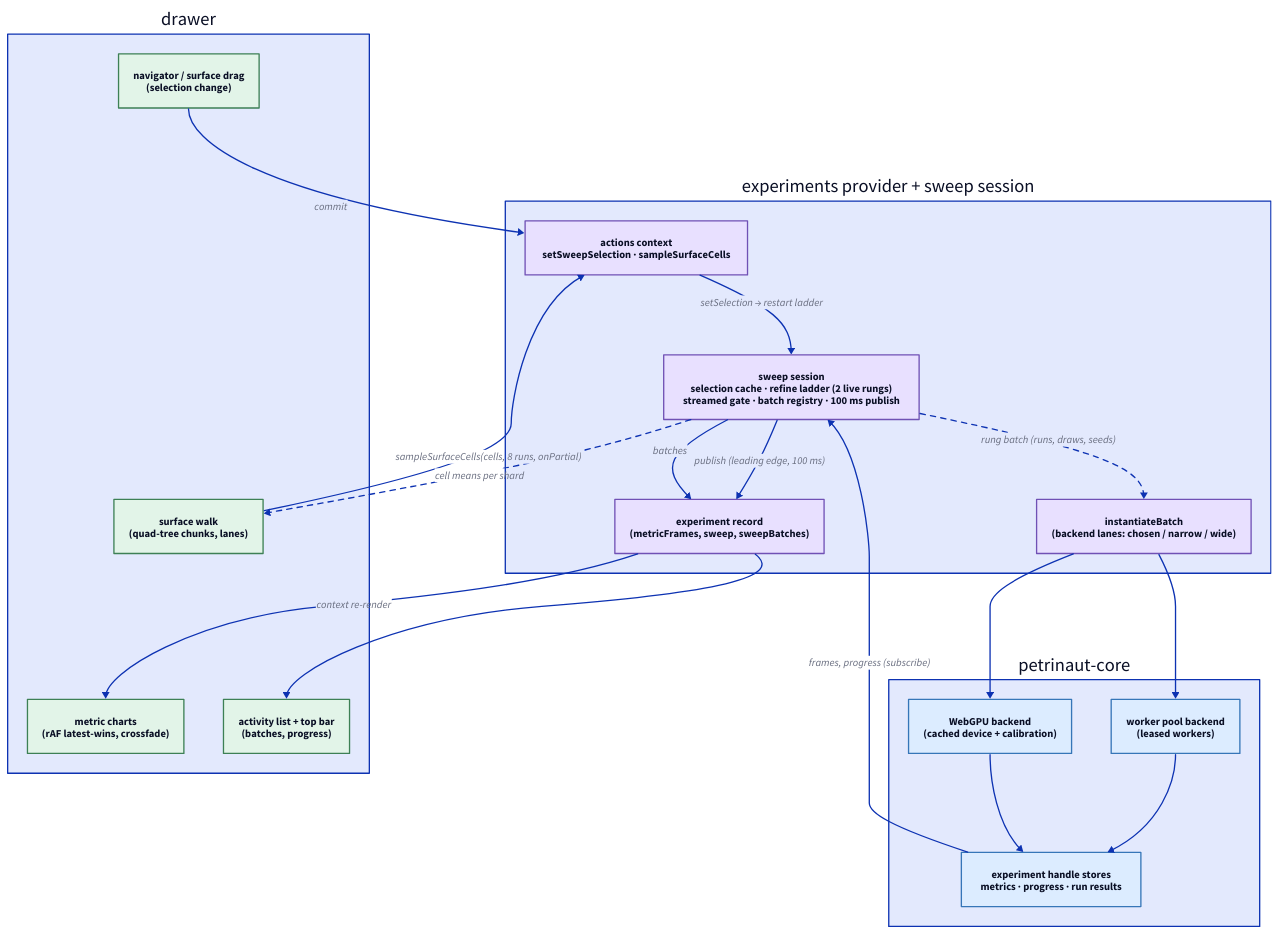
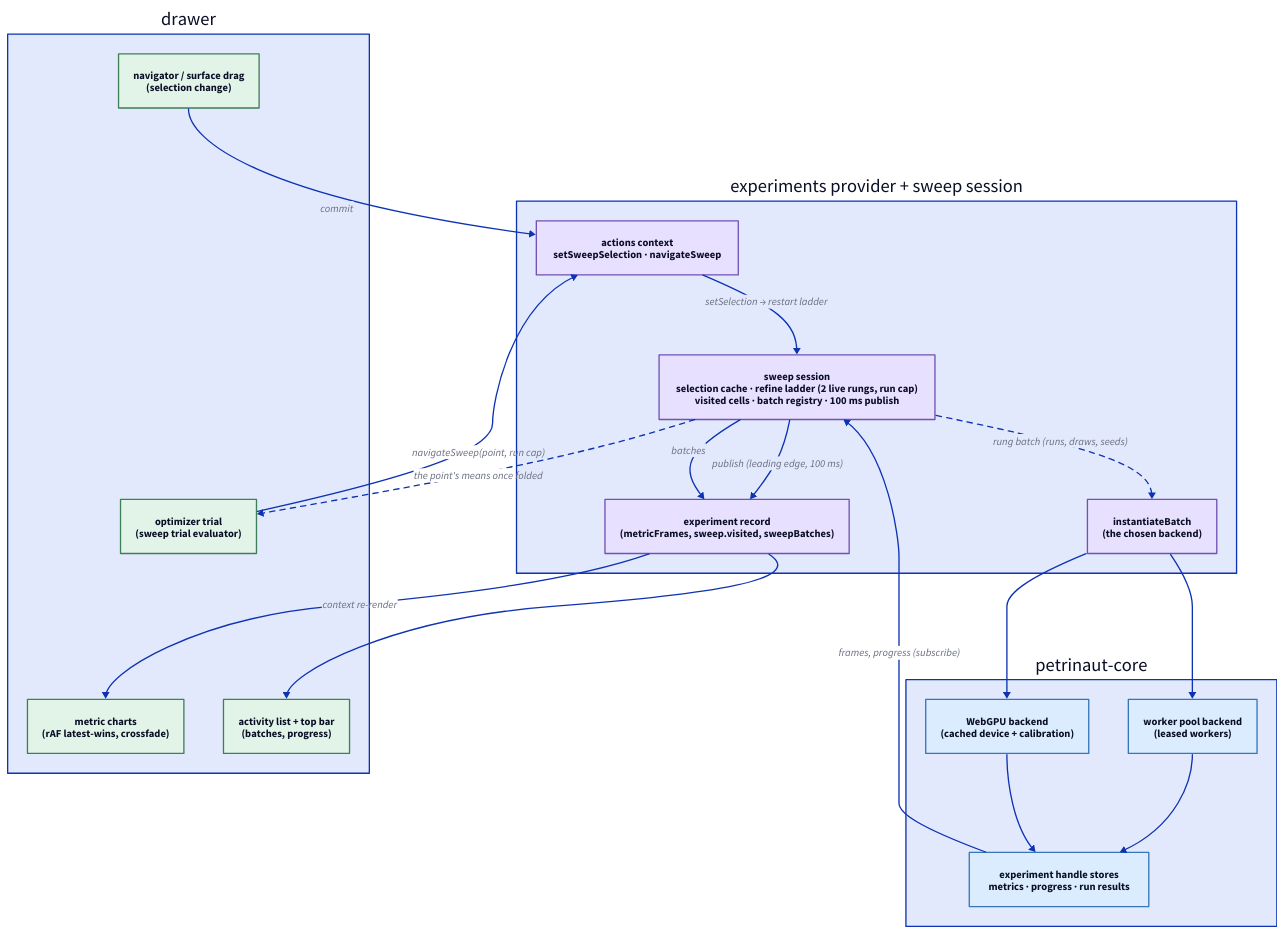
The diagram in libs/@local/petrinaut-arch-docs/content/diagrams/sweep-orchestration.d2 (hashintel/hash), drawn with D2 before and after one commit. The commit also changed 17 other files, not shown here.

Commit message:
Offer Optimize on a sweep's Parameters card, follow the study's steps in purple and document the idle sweep and its visited-point surface

```diff
--- a/libs/@local/petrinaut-arch-docs/content/diagrams/sweep-orchestration.d2
+++ b/libs/@local/petrinaut-arch-docs/content/diagrams/sweep-orchestration.d2
@@ -1,40 +1,40 @@
 # Hand-written; rendered by the arch-docs build. Palette matches src/emit/d2.ts.
 direction: down
 
 ui: "drawer" {
   direction: right
   navigator: "navigator / surface drag\n(selection change)" {style.fill: "#e2f4e8"; style.stroke: "#3d8055"}
-  surface: "surface walk\n(quad-tree chunks, lanes)" {style.fill: "#e2f4e8"; style.stroke: "#3d8055"}
+  optimizer: "optimizer trial\n(sweep trial evaluator)" {style.fill: "#e2f4e8"; style.stroke: "#3d8055"}
   charts: "metric charts\n(rAF latest-wins, crossfade)" {style.fill: "#e2f4e8"; style.stroke: "#3d8055"}
   activity: "activity list + top bar\n(batches, progress)" {style.fill: "#e2f4e8"; style.stroke: "#3d8055"}
 }
 
 react: "experiments provider + sweep session" {
   direction: right
-  actions: "actions context\nsetSweepSelection · sampleSurfaceCells" {style.fill: "#e8e0ff"; style.stroke: "#7051b5"}
-  session: "sweep session\nselection cache · refine ladder (2 live rungs)\nstreamed gate · batch registry · 100 ms publish" {style.fill: "#e8e0ff"; style.stroke: "#7051b5"}
-  lanes: "instantiateBatch\n(backend lanes: chosen / narrow / wide)" {style.fill: "#e8e0ff"; style.stroke: "#7051b5"}
-  record: "experiment record\n(metricFrames, sweep, sweepBatches)" {style.fill: "#e8e0ff"; style.stroke: "#7051b5"}
+  actions: "actions context\nsetSweepSelection · navigateSweep" {style.fill: "#e8e0ff"; style.stroke: "#7051b5"}
+  session: "sweep session\nselection cache · refine ladder (2 live rungs, run cap)\nvisited cells · batch registry · 100 ms publish" {style.fill: "#e8e0ff"; style.stroke: "#7051b5"}
+  lanes: "instantiateBatch\n(the chosen backend)" {style.fill: "#e8e0ff"; style.stroke: "#7051b5"}
+  record: "experiment record\n(metricFrames, sweep.visited, sweepBatches)" {style.fill: "#e8e0ff"; style.stroke: "#7051b5"}
 }
 
 core: "petrinaut-core" {
   direction: right
   pool: "worker pool backend\n(leased workers)" {style.fill: "#dcecff"; style.stroke: "#3676b8"}
   gpu: "WebGPU backend\n(cached device + calibration)" {style.fill: "#dcecff"; style.stroke: "#3676b8"}
   stores: "experiment handle stores\nmetrics · progress · run results" {style.fill: "#dcecff"; style.stroke: "#3676b8"}
   pool -> stores
   gpu -> stores
 }
 
 ui.navigator -> react.actions: "commit"
 react.actions -> react.session: "setSelection → restart ladder"
 react.session -> react.lanes: "rung batch (runs, draws, seeds)" {style.stroke-dash: 4}
 react.lanes -> core.pool
 react.lanes -> core.gpu
 core.stores -> react.session: "frames, progress (subscribe)"
 react.session -> react.record: "publish (leading edge, 100 ms)"
 react.record -> ui.charts: "context re-render"
-ui.surface -> react.actions: "sampleSurfaceCells(cells, 8 runs, onPartial)"
-react.session -> ui.surface: "cell means per shard" {style.stroke-dash: 4}
+ui.optimizer -> react.actions: "navigateSweep(point, run cap)"
+react.session -> ui.optimizer: "the point's means once folded" {style.stroke-dash: 4}
 react.session -> react.record: "batches"
 react.record -> ui.activity
```
